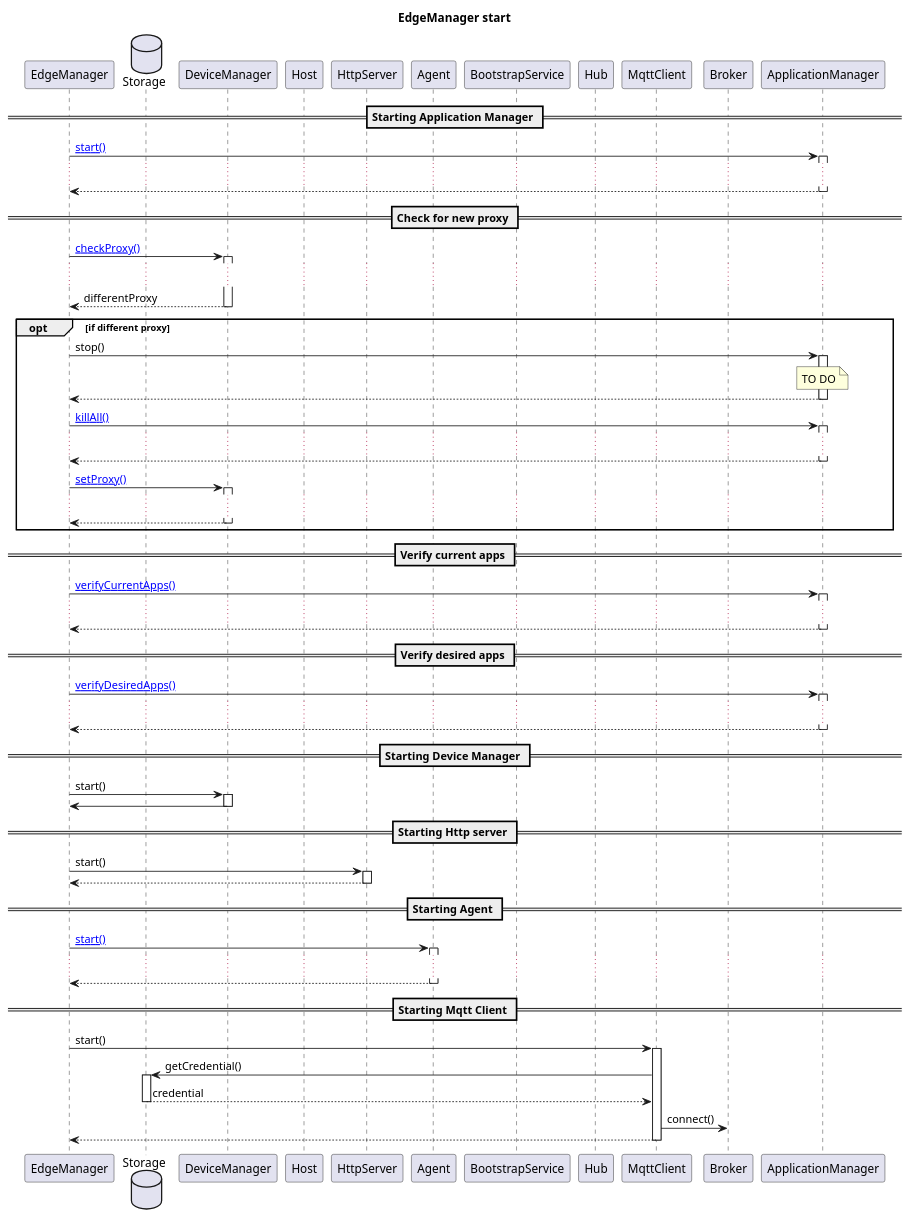
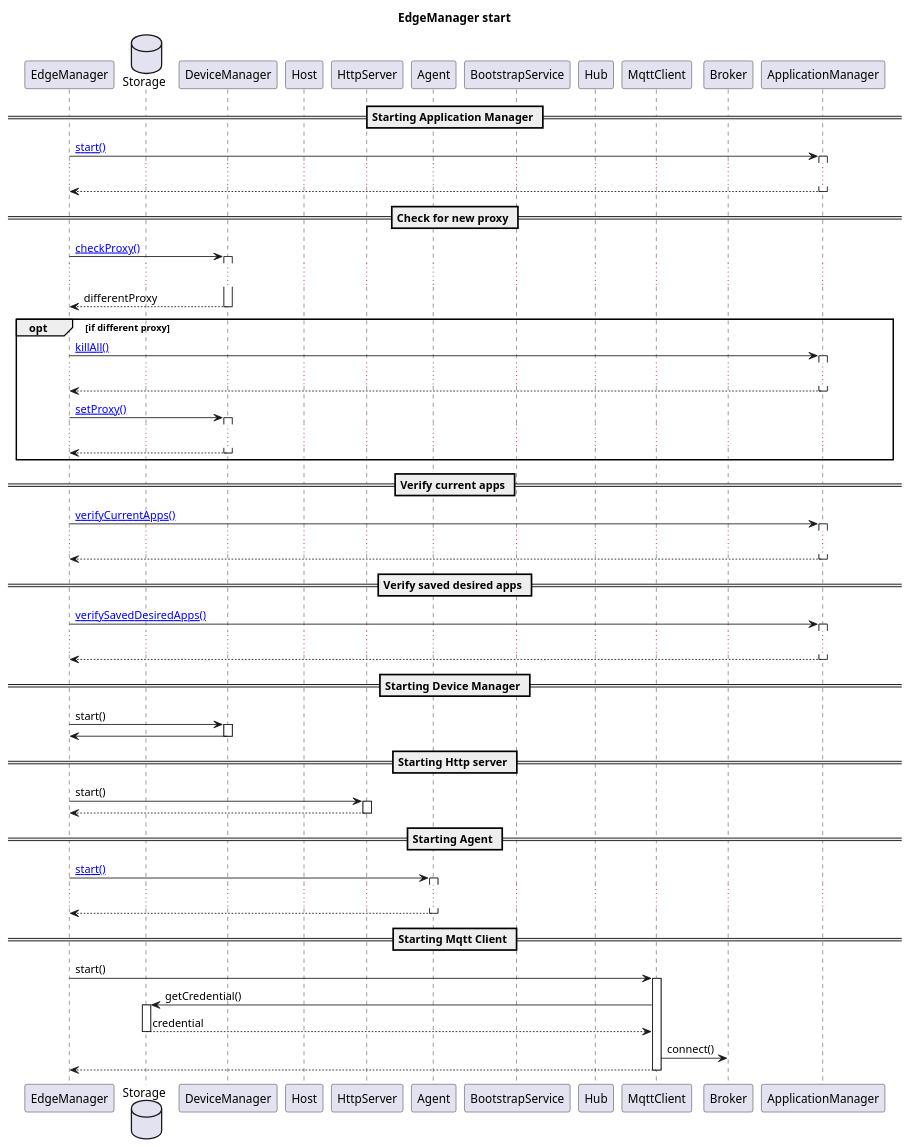
One commit to se-edge/framework-diagrams changed the diagram in EdgeManager/boot.puml. Above: the diagram before and after it, drawn with PlantUML. The commit also changed 22 other files, not shown here.

Commit message:
change lot of things on boot sequence diagram

```diff
--- a/EdgeManager/boot.puml
+++ b/EdgeManager/boot.puml
@@ -1,75 +1,72 @@
 @startuml
 
 title "EdgeManager start"
 
 participant EdgeManager as EM
 database Storage as Stor
 participant DeviceManager as DM
 participant Host as Host
 participant HttpServer as Http
 participant Agent as A
 participant BootstrapService as BS
 participant Hub as Hub
 participant MqttClient as Mqtt
 participant Broker as Broker
 participant ApplicationManager as AM
 
 == Starting Application Manager ==
 
 EM->AM ++: [[http://www.plantuml.com/plantuml/proxy?cache=no&src=https://raw.githubusercontent.com/se-edge/diagrams/develop/ApplicationManager/start.puml&fmt=svg start()]]
 ...
 AM-->EM --:
 
 == Check for new proxy ==
 EM->DM ++: [[http://www.plantuml.com/plantuml/proxy?cache=no&src=https://raw.githubusercontent.com/se-edge/diagrams/develop/DeviceManager/checkProxy.puml&fmt=svg checkProxy()]]
 ...
 DM-->EM --: differentProxy
 opt if different proxy
-EM->AM ++: stop()
-note over AM: TO DO
-AM-->EM --:
 EM->AM ++: [[http://www.plantuml.com/plantuml/proxy?cache=no&src=https://raw.githubusercontent.com/se-edge/diagrams/develop/ApplicationManager/killAll.puml&fmt=svg killAll()]]
 ...
 AM-->EM --:
 EM->DM ++: [[http://www.plantuml.com/plantuml/proxy?cache=no&src=https://raw.githubusercontent.com/se-edge/diagrams/develop/DeviceManager/setProxy.puml&fmt=svg setProxy()]]
 ...
 DM-->EM --:
 end
 
 == Verify current apps ==
 
 EM->AM ++: [[http://www.plantuml.com/plantuml/proxy?cache=no&src=https://raw.githubusercontent.com/se-edge/diagrams/develop/ApplicationManager/verifyCurrentApps.puml&fmt=svg verifyCurrentApps()]]
 ...
 AM-->EM --:
 
-== Verify desired apps ==
+== Verify saved desired apps ==
 
-EM->AM ++: [[http://www.plantuml.com/plantuml/proxy?cache=no&src=https://raw.githubusercontent.com/se-edge/diagrams/develop/ApplicationManager/verifyDesiredApps.puml&fmt=svg verifyDesiredApps()]]
+EM->AM ++: [[http://www.plantuml.com/plantuml/proxy?cache=no&src=https://raw.githubusercontent.com/se-edge/diagrams/develop/ApplicationManager/verifySavedDesiredApps.puml&fmt=svg verifySavedDesiredApps()]]
 ...
 AM-->EM --:
 
 == Starting Device Manager ==
 
 EM->DM ++: start()
 DM->EM --:
 
 == Starting Http server ==
 
 EM->Http ++: start()
 Http-->EM --:
 
 == Starting Agent ==
 
 EM->A ++: [[http://www.plantuml.com/plantuml/proxy?cache=no&src=https://raw.githubusercontent.com/se-edge/diagrams/develop/Agent/start.puml&fmt=svg start()]]
 ...
 A-->EM --:
 
 == Starting Mqtt Client ==
 
 EM->Mqtt ++: start()
 Mqtt->Stor ++: getCredential()
 Stor-->Mqtt --: credential
 Mqtt->Broker: connect()
 Mqtt-->EM --:
 
 @enduml
```
